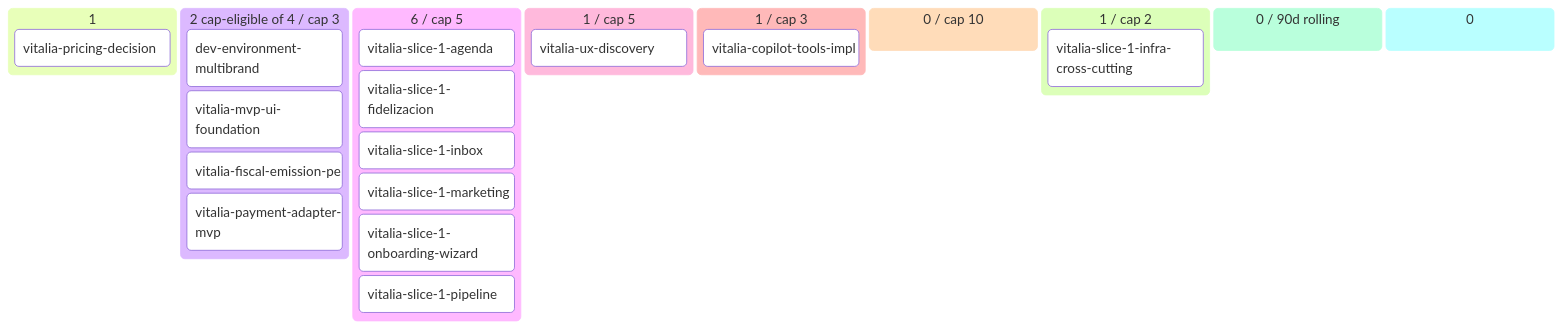
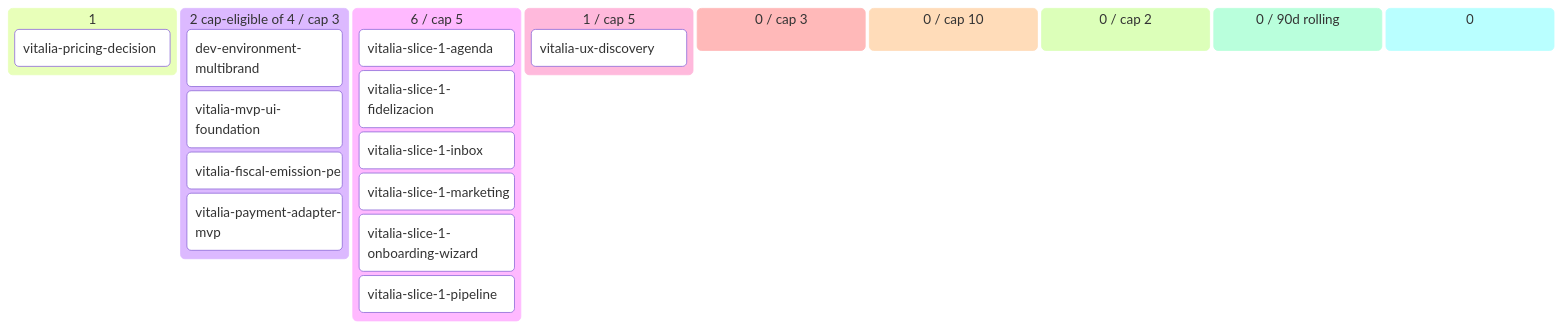
Before and after one commit to alpaca-purpura/luana-platform: the diagram in vitalia/docs/product/BACKLOG.md, drawn with Mermaid. The commit also changed other lines of this file and 224 other files, not shown here.

First line of the commit message:
feat(vitalia): close vitalia-copilot-tools-impl agentic foundation (squash wip/vitalia)

````diff
--- a/vitalia/docs/product/BACKLOG.md
+++ b/vitalia/docs/product/BACKLOG.md
@@ -50,26 +50,24 @@
 ```mermaid
 kanban
   💡 Ideas (1)
     vitalia-pricing-decision[vitalia-pricing-decision]
   🔬 Refining (2 cap-eligible of 4 / cap 3)
     dev-environment-multibrand[dev-environment-multibrand]
     vitalia-mvp-ui-foundation[vitalia-mvp-ui-foundation]
     vitalia-fiscal-emission-pe[vitalia-fiscal-emission-pe]
     vitalia-payment-adapter-mvp[vitalia-payment-adapter-mvp]
   ✅ Refined (6 / cap 5)
     vitalia-slice-1-agenda[vitalia-slice-1-agenda]
     vitalia-slice-1-fidelizacion[vitalia-slice-1-fidelizacion]
     vitalia-slice-1-inbox[vitalia-slice-1-inbox]
     vitalia-slice-1-marketing[vitalia-slice-1-marketing]
     vitalia-slice-1-onboarding-wiz[vitalia-slice-1-onboarding-wizard]
     vitalia-slice-1-pipeline[vitalia-slice-1-pipeline]
   📦 Ready (1 / cap 5)
     vitalia-ux-discovery[vitalia-ux-discovery]
-  🔨 Developing (1 / cap 3)
-    vitalia-copilot-tools-impl[vitalia-copilot-tools-impl]
+  🔨 Developing (0 / cap 3)
   🧪 Developed (0 / cap 10)
-  🔍 Reviewing (1 / cap 2)
-    vitalia-slice-1-infra-cross-cu[vitalia-slice-1-infra-cross-cutting]
+  🔍 Reviewing (0 / cap 2)
   ✅ Done (0 / 90d rolling)
   🅿 Parked (0)
 ```
````
